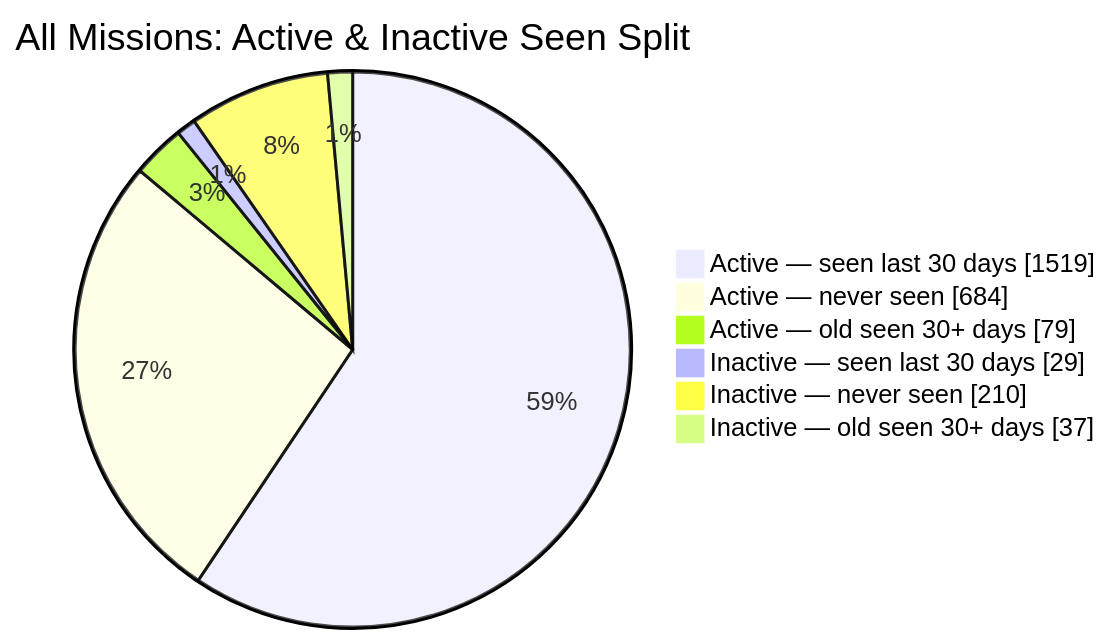
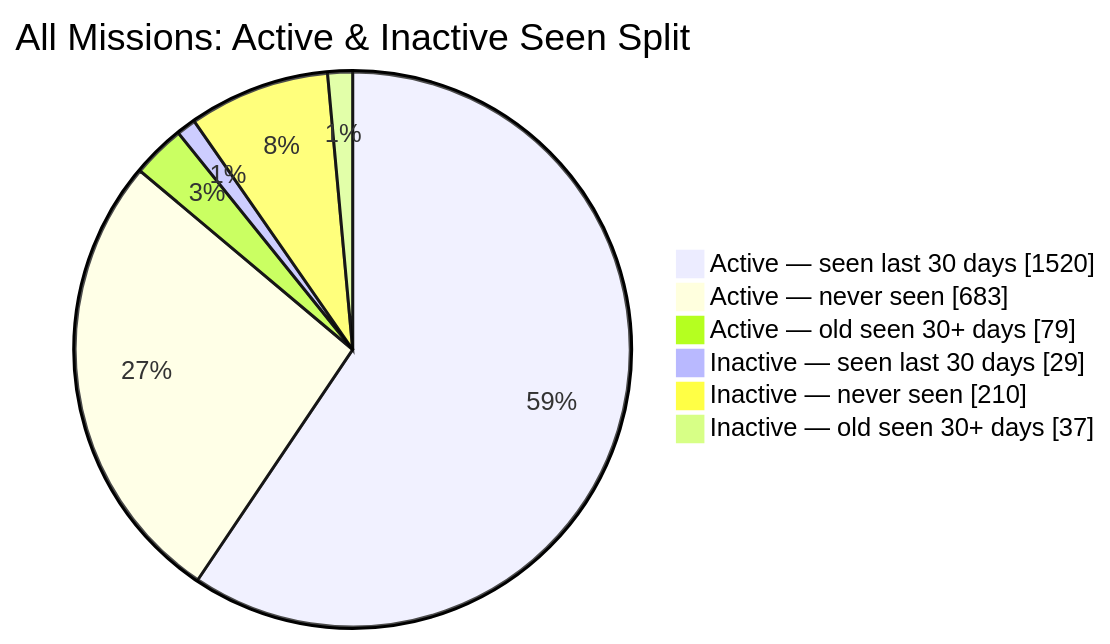
Before and after one commit to MeldkamerspelGameTeam/active-missions: the second of 2 diagrams in README.md, drawn with Mermaid. The commit also changed other lines of this file and 2 other files, not shown here.

````diff
--- a/README.md
+++ b/README.md
@@ -44,10 +44,10 @@
 ```mermaid
 pie showData
     title All Missions: Active & Inactive Seen Split
-    "Active — seen last 30 days" : 1519
-    "Active — never seen" : 684
+    "Active — seen last 30 days" : 1520
+    "Active — never seen" : 683
     "Active — old seen 30+ days" : 79
     "Inactive — seen last 30 days" : 29
     "Inactive — never seen" : 210
     "Inactive — old seen 30+ days" : 37
 ```
````
